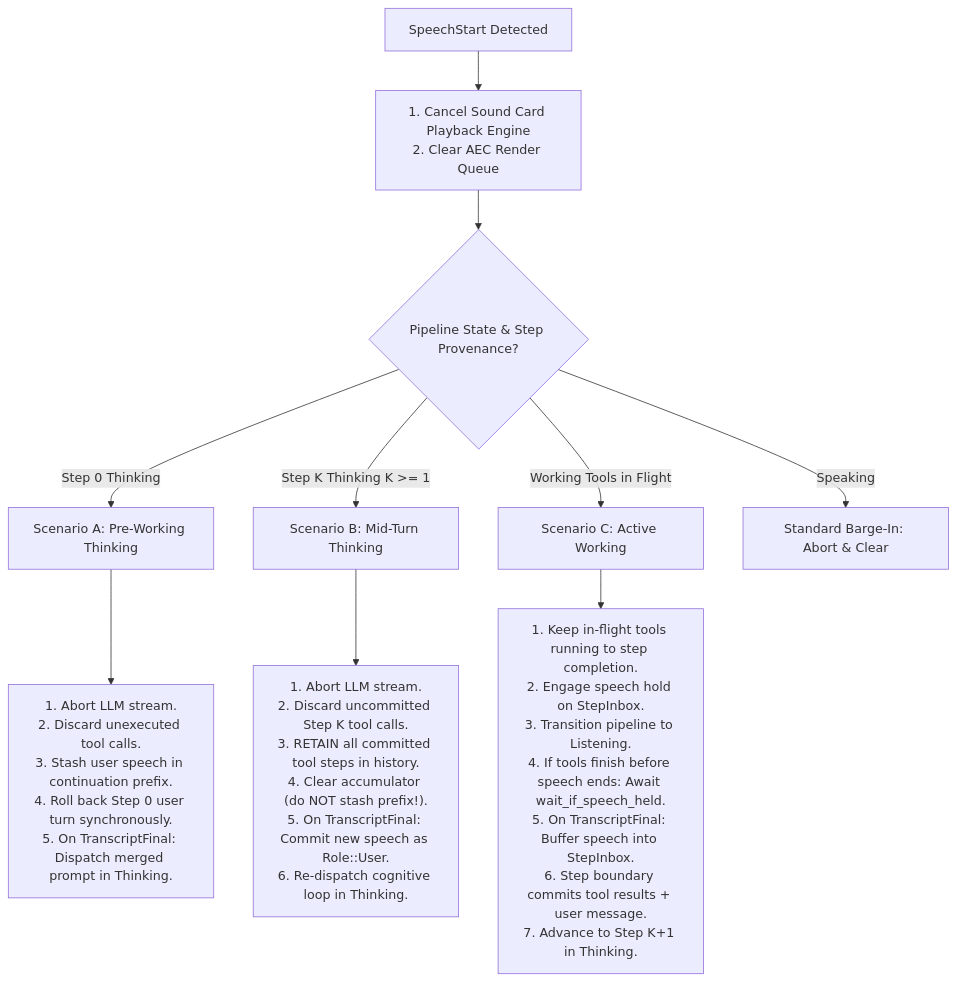
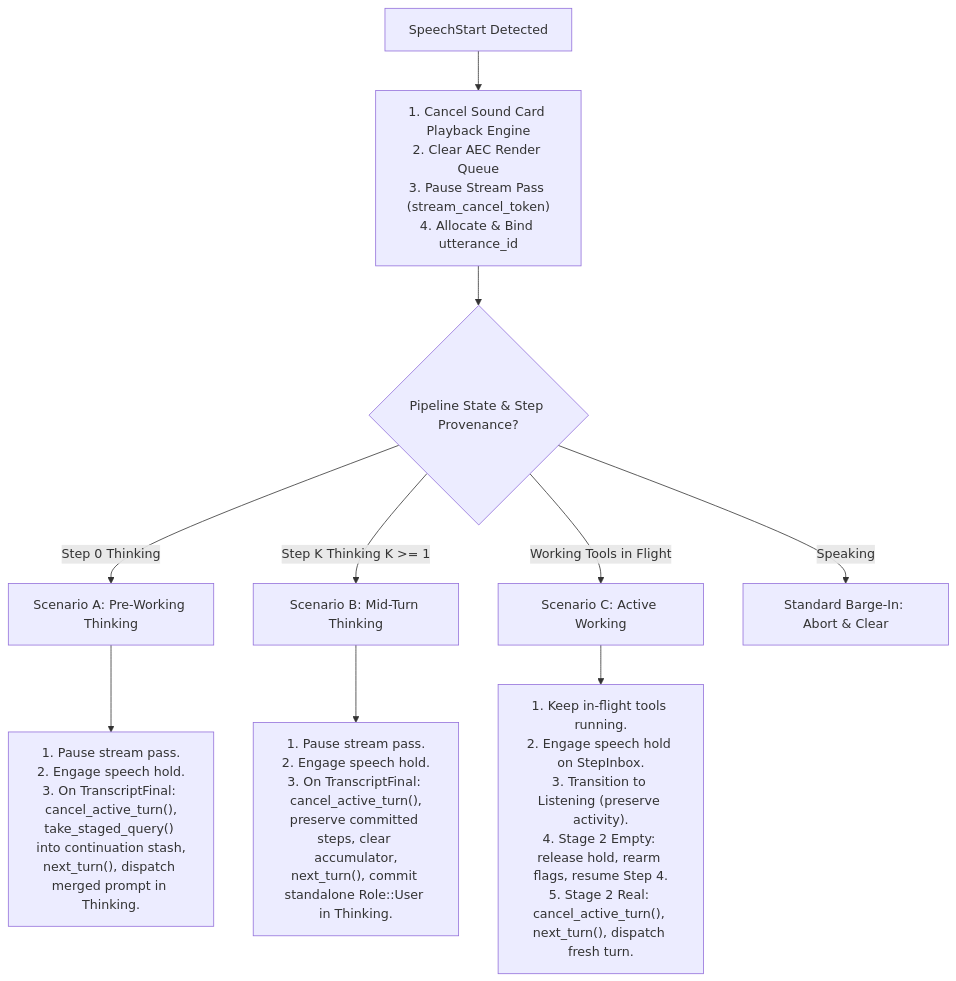
One commit to addy-47/vox changed the first of 3 diagrams in docs/plans/phase14/domain-4-interruption.md. Above: the diagram before and after it, drawn with Mermaid. The commit also changed other lines of this file and 5 other files, not shown here.

````diff
--- a/docs/plans/phase14/domain-4-interruption.md
+++ b/docs/plans/phase14/domain-4-interruption.md
@@ -292,16 +294,16 @@
 ```mermaid
 flowchart TD
-    SS["SpeechStart Detected"] --> MUTE["1. Cancel Sound Card Playback Engine<br/>2. Clear AEC Render Queue"]
+    SS["SpeechStart Detected"] --> MUTE["1. Cancel Sound Card Playback Engine<br/>2. Clear AEC Render Queue<br/>3. Pause Stream Pass (stream_cancel_token)<br/>4. Allocate & Bind utterance_id"]
     MUTE --> CHECK{"Pipeline State & Step Provenance?"}
     
     CHECK -->|Step 0 Thinking| SCEN_A["Scenario A: Pre-Working Thinking"]
     CHECK -->|Step K Thinking K >= 1| SCEN_B["Scenario B: Mid-Turn Thinking"]
     CHECK -->|Working Tools in Flight| SCEN_C["Scenario C: Active Working"]
     CHECK -->|Speaking| SCEN_SPK["Standard Barge-In: Abort & Clear"]
 
-    SCEN_A --> ACT_A["1. Abort LLM stream.<br/>2. Discard unexecuted tool calls.<br/>3. Stash user speech in continuation prefix.<br/>4. Roll back Step 0 user turn synchronously.<br/>5. On TranscriptFinal: Dispatch merged prompt in Thinking."]
+    SCEN_A --> ACT_A["1. Pause stream pass.<br/>2. Engage speech hold.<br/>3. On TranscriptFinal: cancel_active_turn(),<br/>take_staged_query() into continuation stash,<br/>next_turn(), dispatch merged prompt in Thinking."]
     
-    SCEN_B --> ACT_B["1. Abort LLM stream.<br/>2. Discard uncommitted Step K tool calls.<br/>3. RETAIN all committed tool steps in history.<br/>4. Clear accumulator (do NOT stash prefix!).<br/>5. On TranscriptFinal: Commit new speech as Role::User.<br/>6. Re-dispatch cognitive loop in Thinking."]
+    SCEN_B --> ACT_B["1. Pause stream pass.<br/>2. Engage speech hold.<br/>3. On TranscriptFinal: cancel_active_turn(),<br/>preserve committed steps, clear accumulator,<br/>next_turn(), commit standalone Role::User in Thinking."]
     
-    SCEN_C --> ACT_C["1. Keep in-flight tools running to step completion.<br/>2. Engage speech hold on StepInbox.<br/>3. Transition pipeline to Listening.<br/>4. If tools finish before speech ends: Await wait_if_speech_held.<br/>5. On TranscriptFinal: Buffer speech into StepInbox.<br/>6. Step boundary commits tool results + user message.<br/>7. Advance to Step K+1 in Thinking."]
+    SCEN_C --> ACT_C["1. Keep in-flight tools running.<br/>2. Engage speech hold on StepInbox.<br/>3. Transition to Listening (preserve activity).<br/>4. Stage 2 Empty: release hold, rearm flags, resume Step 4.<br/>5. Stage 2 Real: cancel_active_turn(), next_turn(), dispatch fresh turn."]
 ```
````
